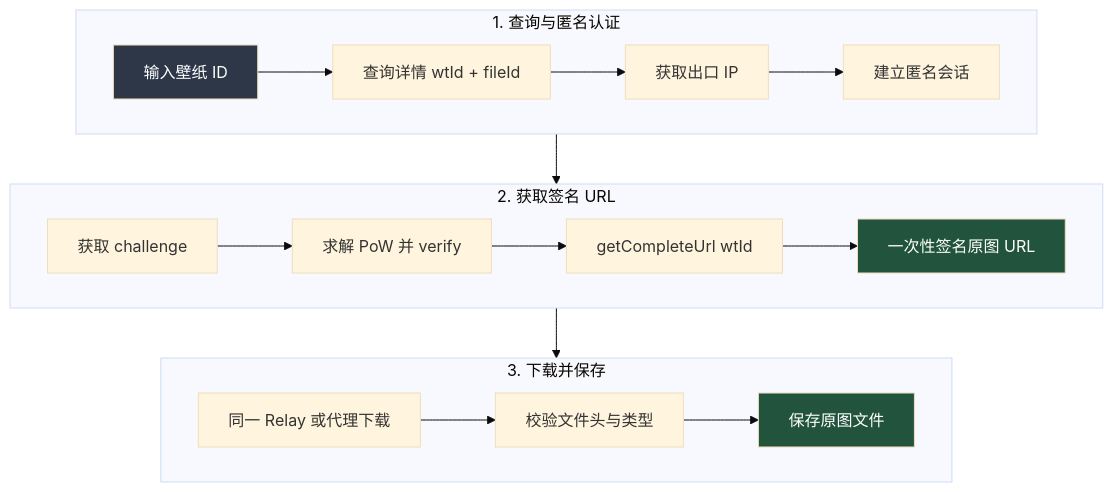
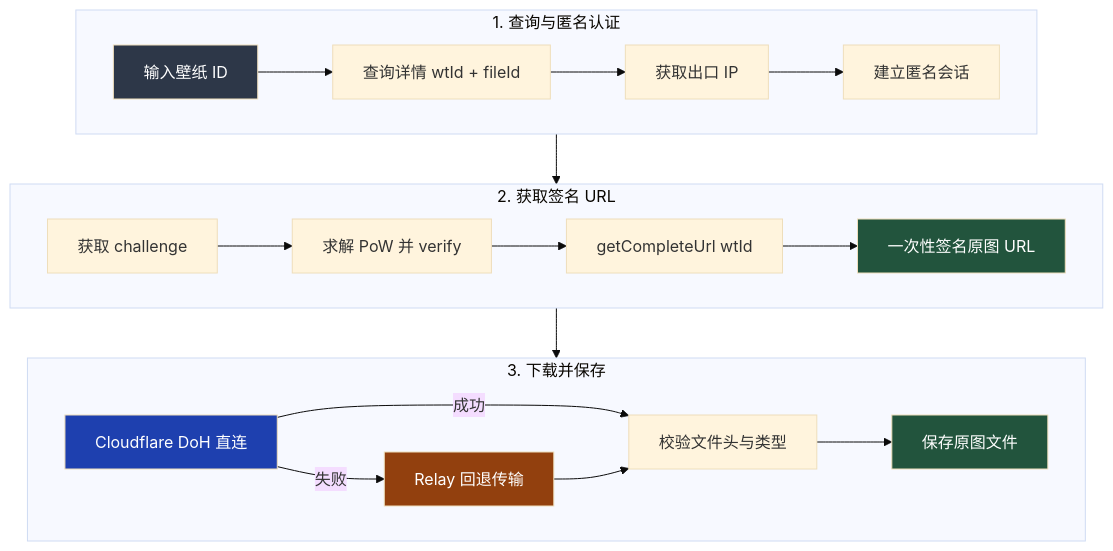
The diagram in docs/haowallpaper-original-download-flow.mmd (jiangdengke/zfbz), drawn with Mermaid (base theme) before and after one commit. The commit also changed 5 other files, not shown here.

First line of the commit message:
:bug: fix(download): 修复原图 CDN 传输超时

```diff
--- a/docs/haowallpaper-original-download-flow.mmd
+++ b/docs/haowallpaper-original-download-flow.mmd
@@ -1,23 +1,27 @@
 flowchart TB
     subgraph S1[1. 查询与匿名认证]
         direction LR
         A[输入壁纸 ID] --> B[查询详情 wtId + fileId]
         B --> C[获取出口 IP]
         C --> D[建立匿名会话]
     end
     subgraph S2[2. 获取签名 URL]
         direction LR
         E[获取 challenge] --> F[求解 PoW 并 verify]
         F --> G[getCompleteUrl wtId]
         G --> H[一次性签名原图 URL]
     end
     subgraph S3[3. 下载并保存]
         direction LR
-        I[同一 Relay 或代理下载] --> J[校验文件头与类型]
+        I[Cloudflare DoH 直连] -->|成功| J[校验文件头与类型]
+        I -->|失败| R[Relay 回退传输]
+        R --> J
         J --> K[保存原图文件]
     end
     D --> E
     H --> I
     style A fill:#2d3748,color:#fff
     style H fill:#22543d,color:#fff
+    style I fill:#1e40af,color:#fff
+    style R fill:#92400e,color:#fff
     style K fill:#22543d,color:#fff
```
